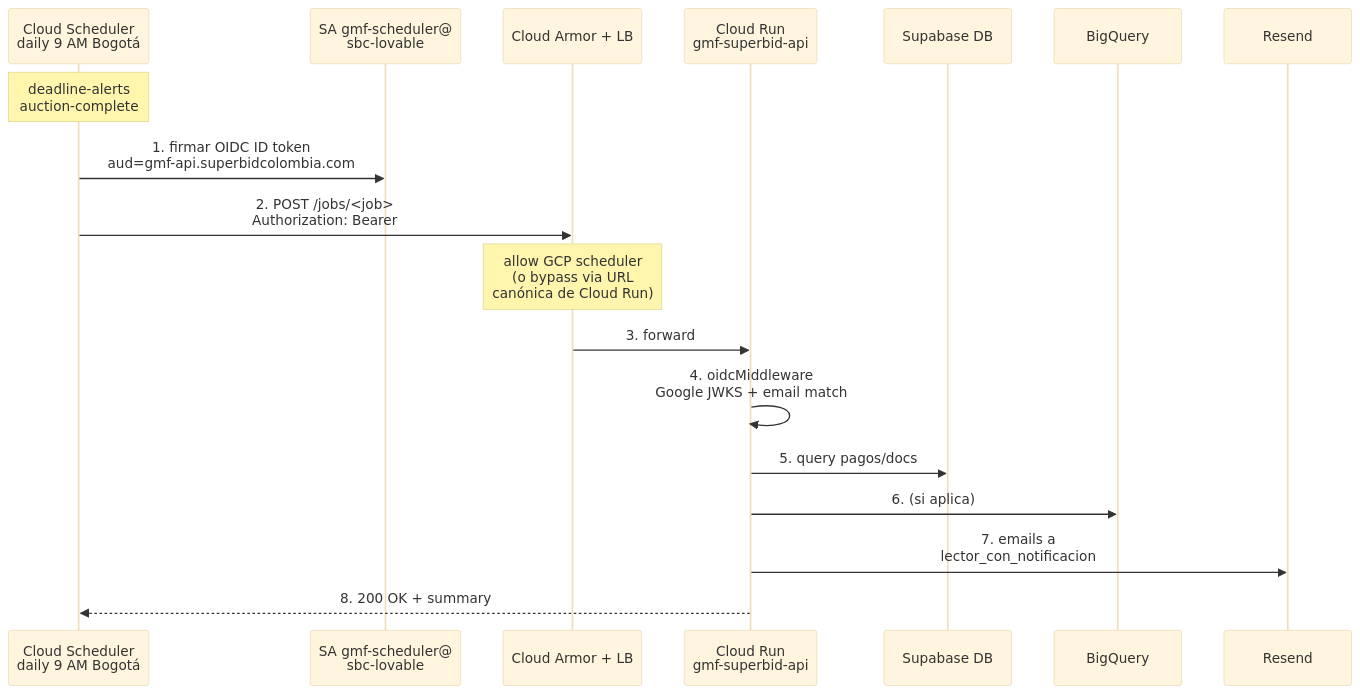
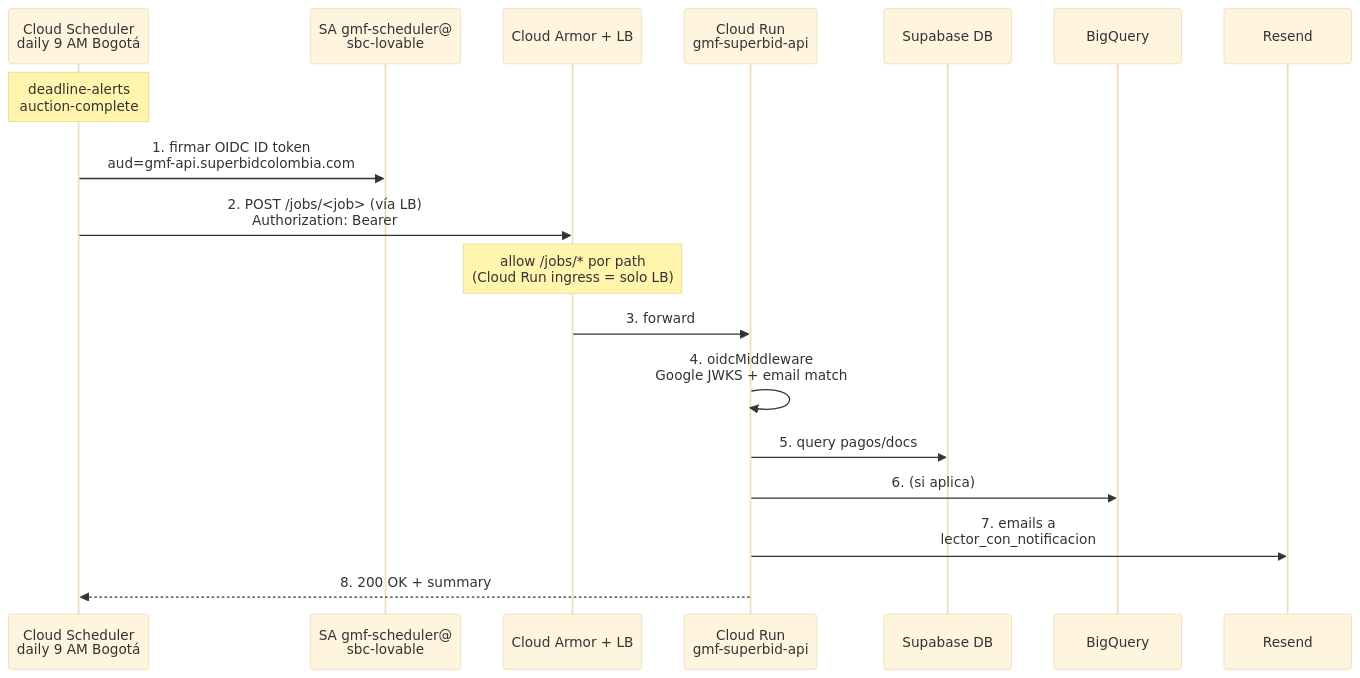
Before and after one commit to sb-dataops/informegmf: the fourth of 4 diagrams in docs/arquitectura.md, drawn with Mermaid (base theme). The commit also changed other lines of this file and 10 other files, not shown here.

````diff
--- a/docs/arquitectura.md
+++ b/docs/arquitectura.md
@@ -141,21 +138,21 @@
 ```mermaid
 sequenceDiagram
     participant CS as Cloud Scheduler<br/>daily 9 AM Bogotá
     participant SA as SA gmf-scheduler@<br/>sbc-lovable
     participant CA as Cloud Armor + LB
     participant BE as Cloud Run<br/>gmf-superbid-api
     participant DB as Supabase DB
     participant BQ as BigQuery
     participant R as Resend
 
     Note over CS: deadline-alerts<br/>auction-complete
     CS->>SA: 1. firmar OIDC ID token<br/>aud=gmf-api.superbidcolombia.com
-    CS->>CA: 2. POST /jobs/<job><br/>Authorization: Bearer
-    Note over CA: allow GCP scheduler<br/>(o bypass via URL<br/>canónica de Cloud Run)
+    CS->>CA: 2. POST /jobs/<job> (vía LB)<br/>Authorization: Bearer
+    Note over CA: allow /jobs/* por path<br/>(Cloud Run ingress = solo LB)
     CA->>BE: 3. forward
     BE->>BE: 4. oidcMiddleware<br/>Google JWKS + email match
     BE->>DB: 5. query pagos/docs
     BE->>BQ: 6. (si aplica)
     BE->>R: 7. emails a<br/>lector_con_notificacion
     BE-->>CS: 8. 200 OK + summary
 ```
````
